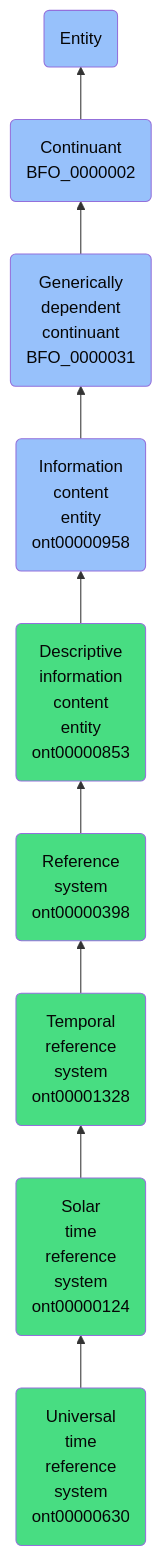
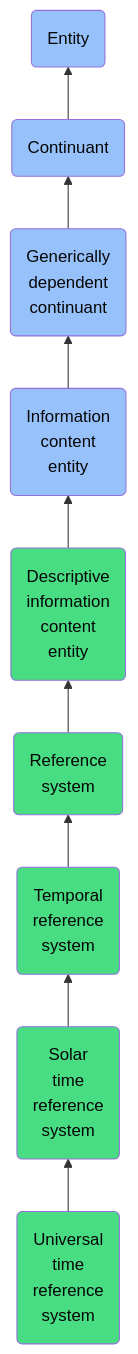
One commit to jupyter-naas/abi changed the diagram in docs/ontology/reference/model/Entity/Continuant/Generically dependent continuant/Information content entity/Descriptive information content entity/Reference system/Temporal reference system/Solar time reference system/Universal time reference system/Universal time reference system.md. Above: the diagram before and after it, drawn with Mermaid. The commit also changed other lines of this file and 1430 other files, not shown here.

````diff
--- a/docs/ontology/reference/model/Entity/Continuant/Generically dependent continuant/Information content entity/Descriptive information content entity/Reference system/Temporal reference system/Solar time reference system/Universal time reference system/Universal time reference system.md
+++ b/docs/ontology/reference/model/Entity/Continuant/Generically dependent continuant/Information content entity/Descriptive information content entity/Reference system/Temporal reference system/Solar time reference system/Universal time reference system/Universal time reference system.md
@@ -24,16 +24,16 @@
 ```mermaid
 graph BT
-    ont00000630(Universal<br>time<br>reference<br>system<br>ont00000630):::ABI-->ont00000124
-    ont00000124(Solar<br>time<br>reference<br>system<br>ont00000124):::ABI-->ont00001328
-    ont00001328(Temporal<br>reference<br>system<br>ont00001328):::ABI-->ont00000398
-    ont00000398(Reference<br>system<br>ont00000398):::ABI-->ont00000853
-    ont00000853(Descriptive<br>information<br>content<br>entity<br>ont00000853):::ABI-->ont00000958
-    ont00000958(Information<br>content<br>entity<br>ont00000958):::BFO-->BFO_0000031
-    BFO_0000031(Generically<br>dependent<br>continuant<br>BFO_0000031):::BFO-->BFO_0000002
-    BFO_0000002(Continuant<br>BFO_0000002):::BFO-->BFO_0000001
+    ont00000630(Universal<br>time<br>reference<br>system):::ABI-->ont00000124
+    ont00000124(Solar<br>time<br>reference<br>system):::ABI-->ont00001328
+    ont00001328(Temporal<br>reference<br>system):::ABI-->ont00000398
+    ont00000398(Reference<br>system):::ABI-->ont00000853
+    ont00000853(Descriptive<br>information<br>content<br>entity):::ABI-->ont00000958
+    ont00000958(Information<br>content<br>entity):::BFO-->BFO_0000031
+    BFO_0000031(Generically<br>dependent<br>continuant):::BFO-->BFO_0000002
+    BFO_0000002(Continuant):::BFO-->BFO_0000001
     BFO_0000001(Entity):::BFO
     
     classDef BFO fill:#97c1fb,color:#060606
     classDef CCO fill:#e4c51e,color:#060606
     classDef ABI fill:#48DD82,color:#060606
 ```
````
